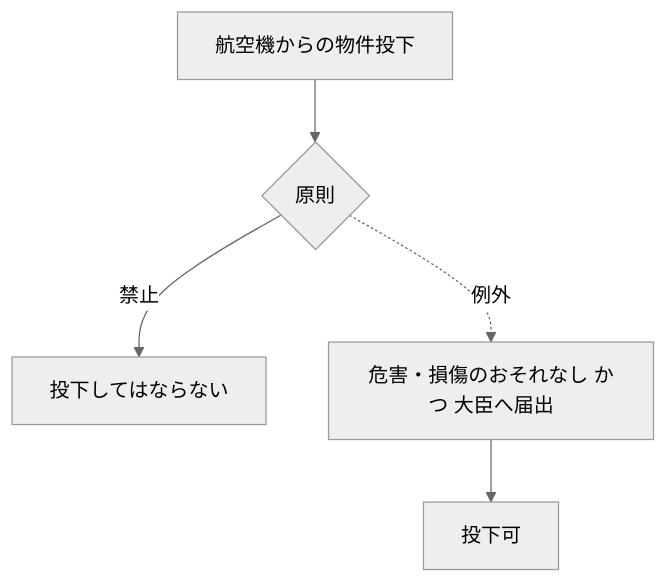
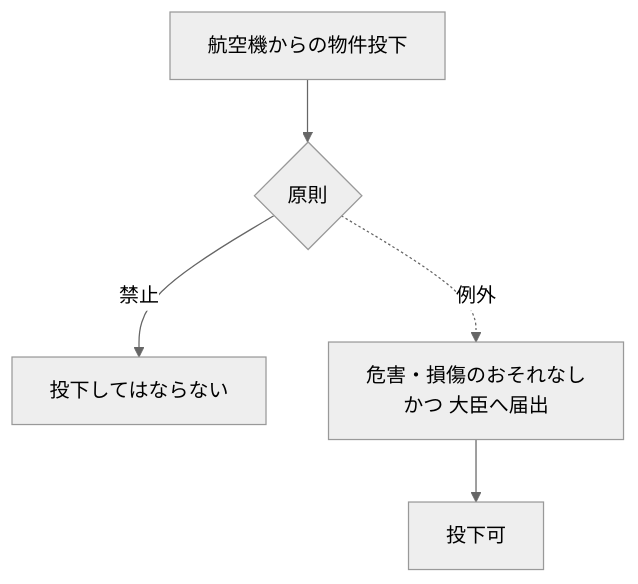
One commit to yonemotoBB/pil changed diagram 21 of 30 in chapters/06_第六章.md. Above: the diagram before and after it, drawn with Mermaid (neutral theme). The commit also changed other lines of this file, not shown here.

````diff
--- a/chapters/06_第六章.md
+++ b/chapters/06_第六章.md
@@ -1186,7 +1186,7 @@
 ```mermaid
 flowchart TD
   A["航空機からの物件投下"] --> B{"原則"}
   B -->|禁止| C["投下してはならない"]
-  B -. 例外 .-> Dd["危害・損傷のおそれなし かつ 大臣へ届出"]
+  B -. 例外 .-> Dd["危害・損傷のおそれなし<br>かつ 大臣へ届出"]
   Dd --> E["投下可"]
 ```
````
